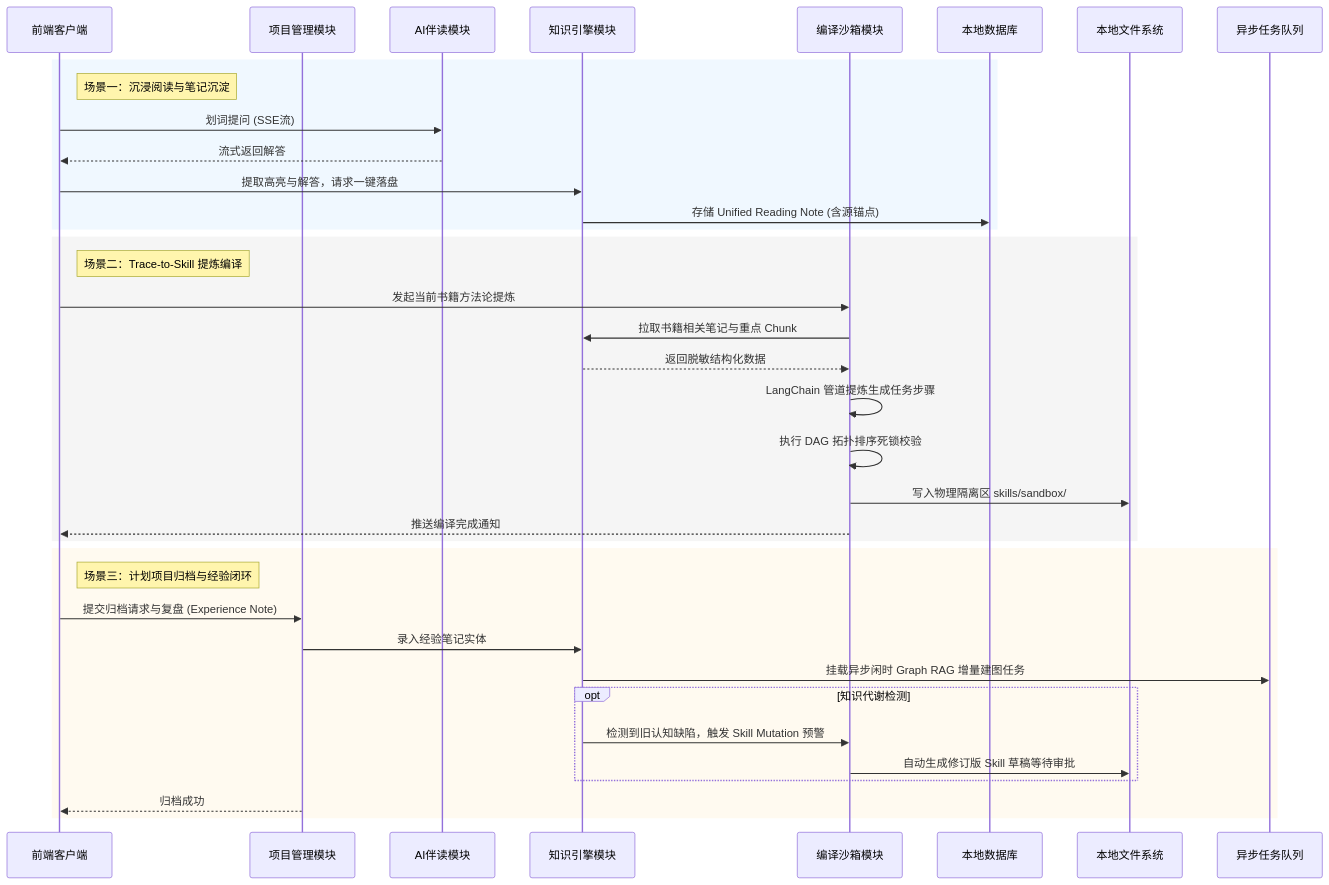
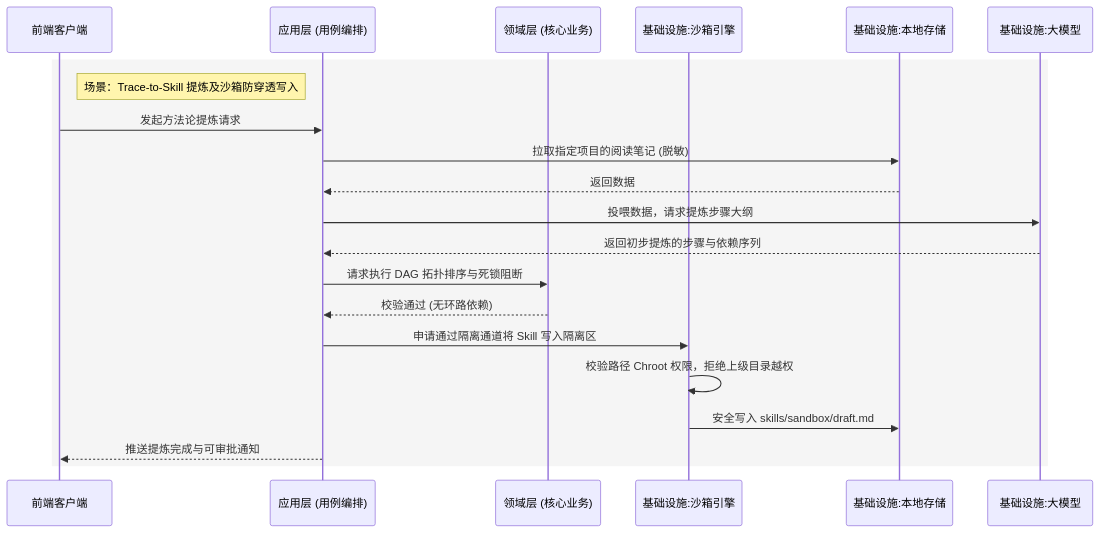
One commit to shanglihong/i-have-a-plan changed the second of 2 diagrams in docs/06_system_architecture/backend_design_spec_v1.0.md. Above: the diagram before and after it, drawn with Mermaid. The commit also changed other lines of this file, not shown here.

Commit message:
docs: update backend design specification to v1.0 architecture standards

````diff
--- a/docs/06_system_architecture/backend_design_spec_v1.0.md
+++ b/docs/06_system_architecture/backend_design_spec_v1.0.md
@@ -122,45 +108,29 @@
 ```mermaid
 sequenceDiagram
     participant FE as 前端客户端
-    participant PTO as 项目管理模块
-    participant ACS as AI伴读模块
-    participant HKE as 知识引擎模块
-    participant SCS as 编译沙箱模块
-    participant SQLite as 本地数据库
-    participant FileSystem as 本地文件系统
-    participant LocalQueue as 异步任务队列
+    participant App as 应用层 (用例编排)
+    participant Domain as 领域层 (核心业务)
+    participant Sandbox as 基础设施:沙箱引擎
+    participant DB as 基础设施:本地存储
+    participant LLM as 基础设施:大模型
     
-    %% 场景1：伴读与笔记
-    rect rgb(240, 248, 255)
-        Note right of FE: 场景一：沉浸阅读与笔记沉淀
-        FE->>ACS: 划词提问 (SSE流)
-        ACS-->>FE: 流式返回解答
-        FE->>HKE: 提取高亮与解答，请求一键落盘
-        HKE->>SQLite: 存储 Unified Reading Note (含源锚点)
-    end
-    
-    %% 场景2：技能提炼
+    %% 场景：Trace-to-Skill 提炼与沙箱隔离
     rect rgb(245, 245, 245)
-        Note right of FE: 场景二：Trace-to-Skill 提炼编译
-        FE->>SCS: 发起当前书籍方法论提炼
-        SCS->>HKE: 拉取书籍相关笔记与重点 Chunk
-        HKE-->>SCS: 返回脱敏结构化数据
-        SCS->>SCS: LangChain 管道提炼生成任务步骤
-        SCS->>SCS: 执行 DAG 拓扑排序死锁校验
-        SCS->>FileSystem: 写入物理隔离区 skills/sandbox/
-        SCS-->>FE: 推送编译完成通知
-    end
-
-    %% 场景3：项目归档与经验反哺
-    rect rgb(255, 250, 240)
-        Note right of FE: 场景三：计划项目归档与经验闭环
-        FE->>PTO: 提交归档请求与复盘 (Experience Note)
-        PTO->>HKE: 录入经验笔记实体
-        HKE->>LocalQueue: 挂载异步闲时 Graph RAG 增量建图任务
-        opt 知识代谢检测
-            HKE->>SCS: 检测到旧认知缺陷，触发 Skill Mutation 预警
-            SCS->>FileSystem: 自动生成修订版 Skill 草稿等待审批
-        end
-        PTO-->>FE: 归档成功
+        Note right of FE: 场景：Trace-to-Skill 提炼及沙箱防穿透写入
+        FE->>App: 发起方法论提炼请求
+        App->>DB: 拉取指定项目的阅读笔记 (脱敏)
+        DB-->>App: 返回数据
+        App->>LLM: 投喂数据，请求提炼步骤大纲
+        LLM-->>App: 返回初步提炼的步骤与依赖序列
+        
+        %% 领域层纯逻辑校验，无 I/O
+        App->>Domain: 请求执行 DAG 拓扑排序与死锁阻断
+        Domain-->>App: 校验通过 (无环路依赖)
+        
+        %% 将危险的写操作与运行环境交给独立的沙箱引擎管控
+        App->>Sandbox: 申请通过隔离通道将 Skill 写入隔离区
+        Sandbox->>Sandbox: 校验路径 Chroot 权限，拒绝上级目录越权
+        Sandbox->>DB: 安全写入 skills/sandbox/draft.md
+        App-->>FE: 推送提炼完成与可审批通知
     end
 ```
````
